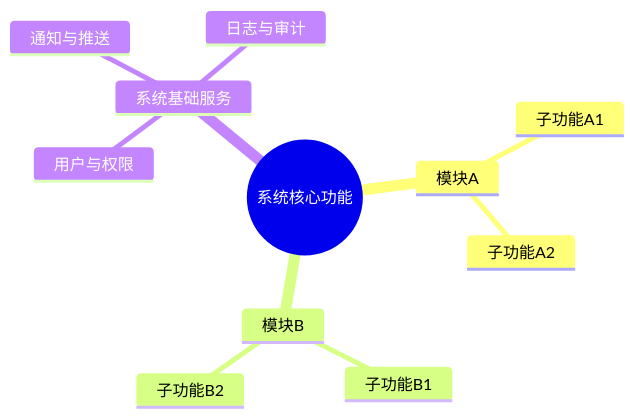
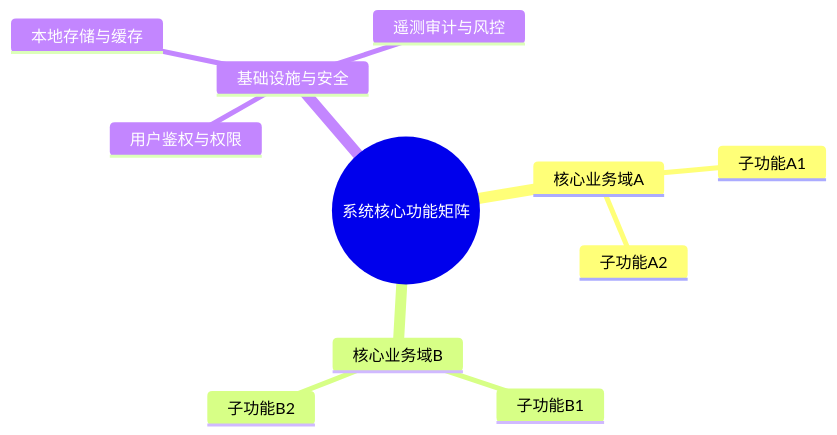
Before and after one commit to yurongfu-01/app-reverse-spec: the first of 4 diagrams in skills/app-reverse-spec/references/PRD_TEMPLATE.md, drawn with Mermaid. The commit also changed other lines of this file and 13 other files, not shown here.

Commit message:
feat: upgrade to v2.0.0 industrial 1:1 replication architecture & add Chatbox showcase package

````diff
--- a/skills/app-reverse-spec/references/PRD_TEMPLATE.md
+++ b/skills/app-reverse-spec/references/PRD_TEMPLATE.md
@@ -23,14 +24,14 @@
 ```mermaid
 mindmap
-  root((系统核心功能))
-    模块A
+  root((系统核心功能矩阵))
+    核心业务域A
       子功能A1
       子功能A2
-    模块B
+    核心业务域B
       子功能B1
       子功能B2
-    系统基础服务
-      用户与权限
-      通知与推送
-      日志与审计
+    基础设施与安全
+      用户鉴权与权限
+      本地存储与缓存
+      遥测审计与风控
 ```
````
